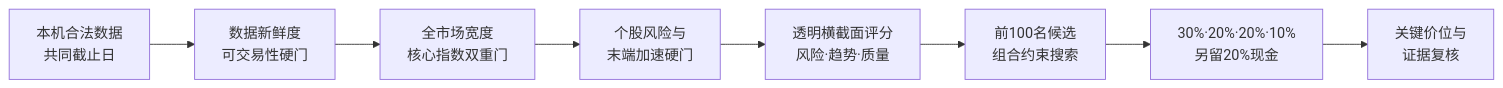
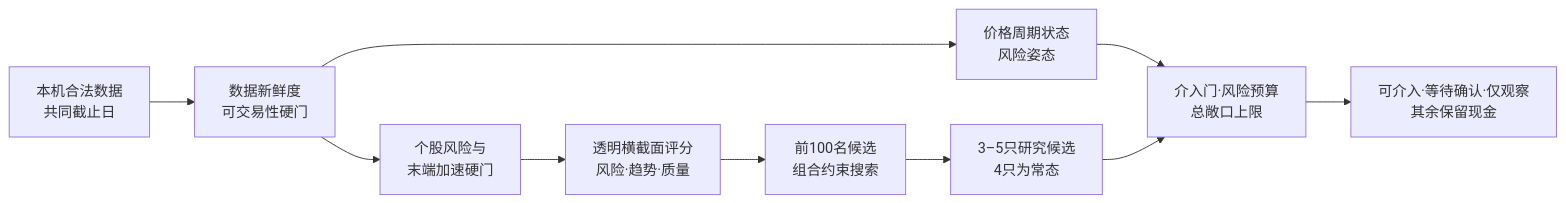
The diagram in README.md (zerongwong/a-share-lab), drawn with Mermaid before and after one commit. The commit also changed other lines of this file and 55 other files, not shown here.

````diff
--- a/README.md
+++ b/README.md
@@ -62,10 +79,12 @@
 ```mermaid
 flowchart LR
     A["本机合法数据<br/>共同截止日"] --> B["数据新鲜度<br/>可交易性硬门"]
-    B --> C["全市场宽度<br/>核心指数双重门"]
-    C --> D["个股风险与<br/>末端加速硬门"]
+    B --> C["价格周期状态<br/>风险姿态"]
+    B --> D["个股风险与<br/>末端加速硬门"]
     D --> E["透明横截面评分<br/>风险·趋势·质量"]
     E --> F["前100名候选<br/>组合约束搜索"]
-    F --> G["30%·20%·20%·10%<br/>另留20%现金"]
-    G --> H["关键价位与<br/>证据复核"]
+    F --> G["3–5只研究候选<br/>4只为常态"]
+    C --> H["介入门·风险预算<br/>总敞口上限"]
+    G --> H
+    H --> I["可介入·等待确认·仅观察<br/>其余保留现金"]
 ```
````
